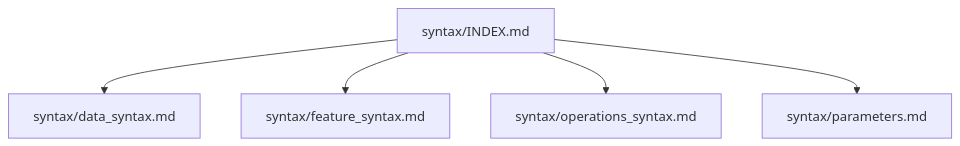
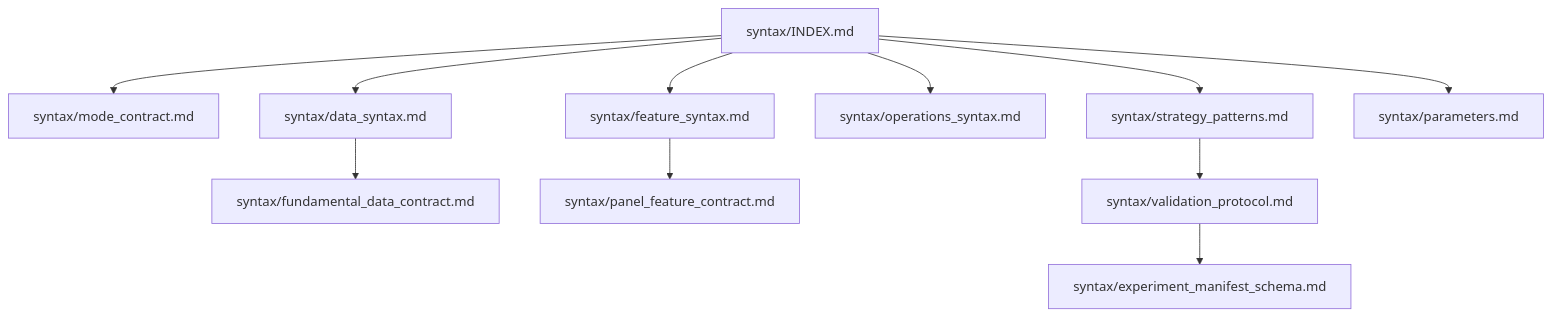
The diagram in syntax/INDEX.md (ryantr-statinops/Alpha_Stratergy_Agent), drawn with Mermaid before and after one commit. The commit also changed other lines of this file, not shown here.

Commit message:
docs(syntax): link Round 2 contracts from index

````diff
--- a/syntax/INDEX.md
+++ b/syntax/INDEX.md
@@ -7,7 +7,13 @@
 ```mermaid
 flowchart TD
-    A["syntax/INDEX.md"] --> B["syntax/data_syntax.md"]
+    A["syntax/INDEX.md"] --> M["syntax/mode_contract.md"]
+    A --> B["syntax/data_syntax.md"]
+    B --> F["syntax/fundamental_data_contract.md"]
     A --> C["syntax/feature_syntax.md"]
+    C --> P["syntax/panel_feature_contract.md"]
     A --> D["syntax/operations_syntax.md"]
+    A --> S["syntax/strategy_patterns.md"]
     A --> E["syntax/parameters.md"]
+    S --> V["syntax/validation_protocol.md"]
+    V --> X["syntax/experiment_manifest_schema.md"]
 ```
````
